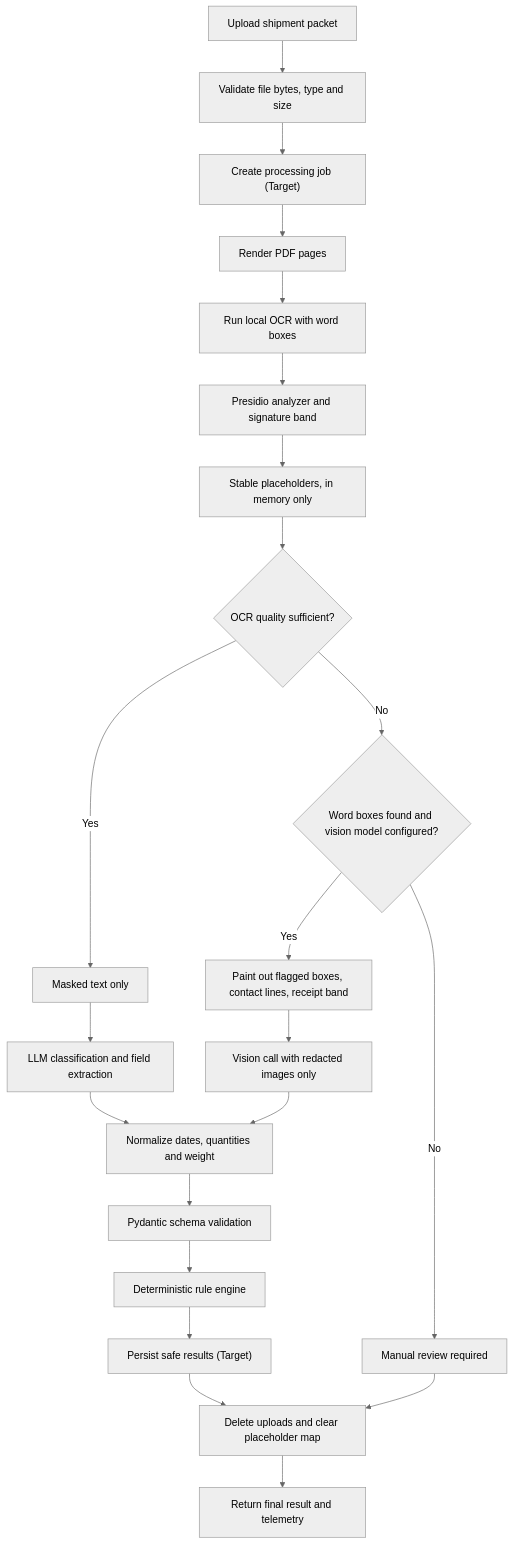
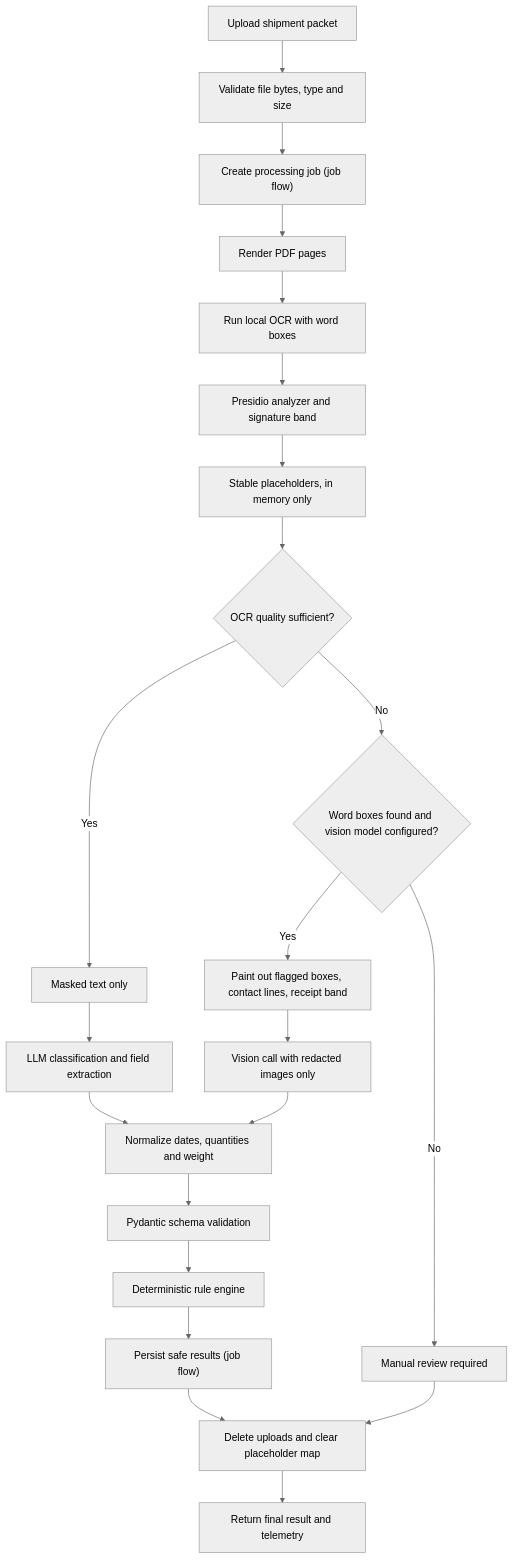
One commit to nivedhitaramu/meridian-ocr-connector changed the second of 6 diagrams in docs/ARCHITECTURE.md. Above: the diagram before and after it, drawn with Mermaid (neutral theme). The commit also changed other lines of this file and 18 other files, not shown here.

````diff
--- a/docs/ARCHITECTURE.md
+++ b/docs/ARCHITECTURE.md
@@ -129,28 +129,28 @@
 ```mermaid
 flowchart TB
     upload["Upload shipment packet"] --> check["Validate file bytes, type and size"]
-    check --> job["Create processing job (Target)"]
+    check --> job["Create processing job (job flow)"]
     job --> render["Render PDF pages"]
     render --> ocr["Run local OCR with word boxes"]
     ocr --> detect["Presidio analyzer and signature band"]
     detect --> tokens["Stable placeholders, in memory only"]
     tokens --> quality{"OCR quality sufficient?"}
 
     quality -->|"Yes"| masked["Masked text only"]
     masked --> extract["LLM classification and field extraction"]
 
     quality -->|"No"| safe{"Word boxes found and vision model configured?"}
     safe -->|"Yes"| redact["Paint out flagged boxes, contact lines, receipt band"]
     redact --> vision["Vision call with redacted images only"]
     safe -->|"No"| manual["Manual review required"]
 
     extract --> normalize["Normalize dates, quantities and weight"]
     vision --> normalize
     normalize --> validate["Pydantic schema validation"]
     validate --> rule["Deterministic rule engine"]
-    rule --> persist["Persist safe results (Target)"]
+    rule --> persist["Persist safe results (job flow)"]
 
     persist --> cleanup["Delete uploads and clear placeholder map"]
     manual --> cleanup
     cleanup --> result["Return final result and telemetry"]
 ```
````
